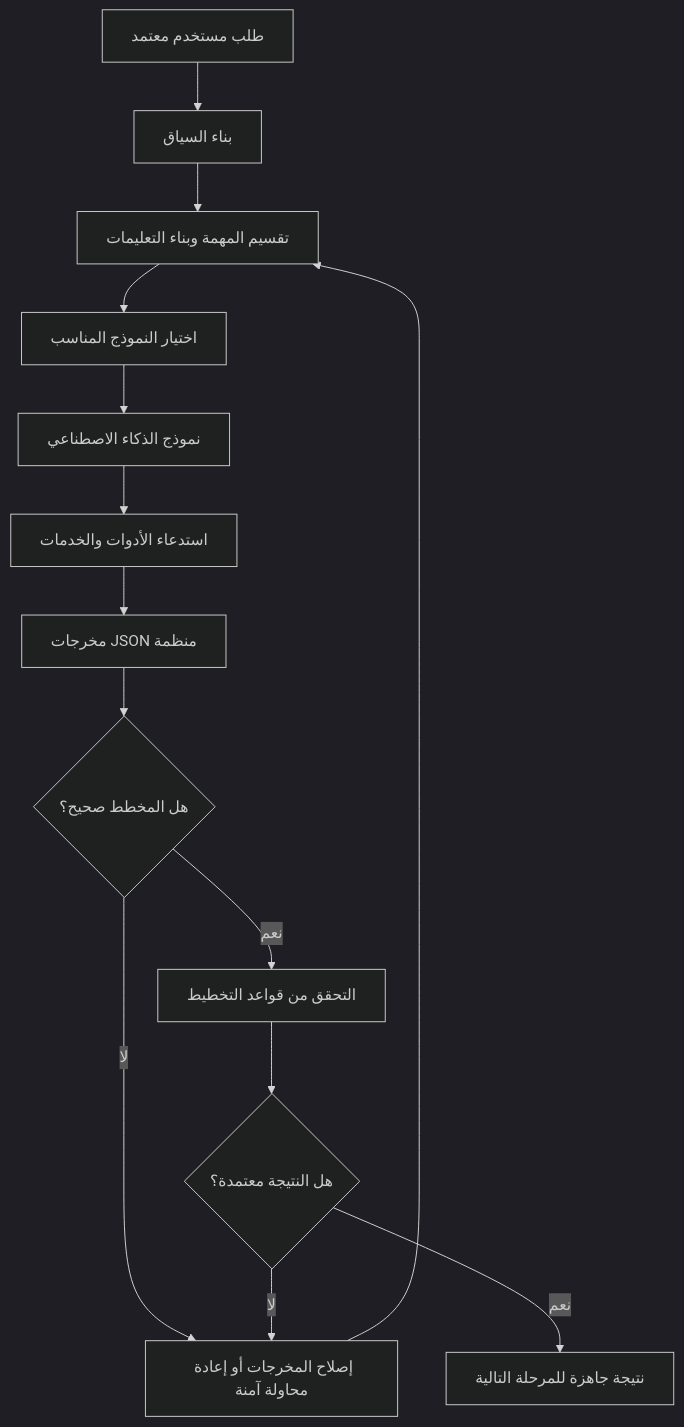
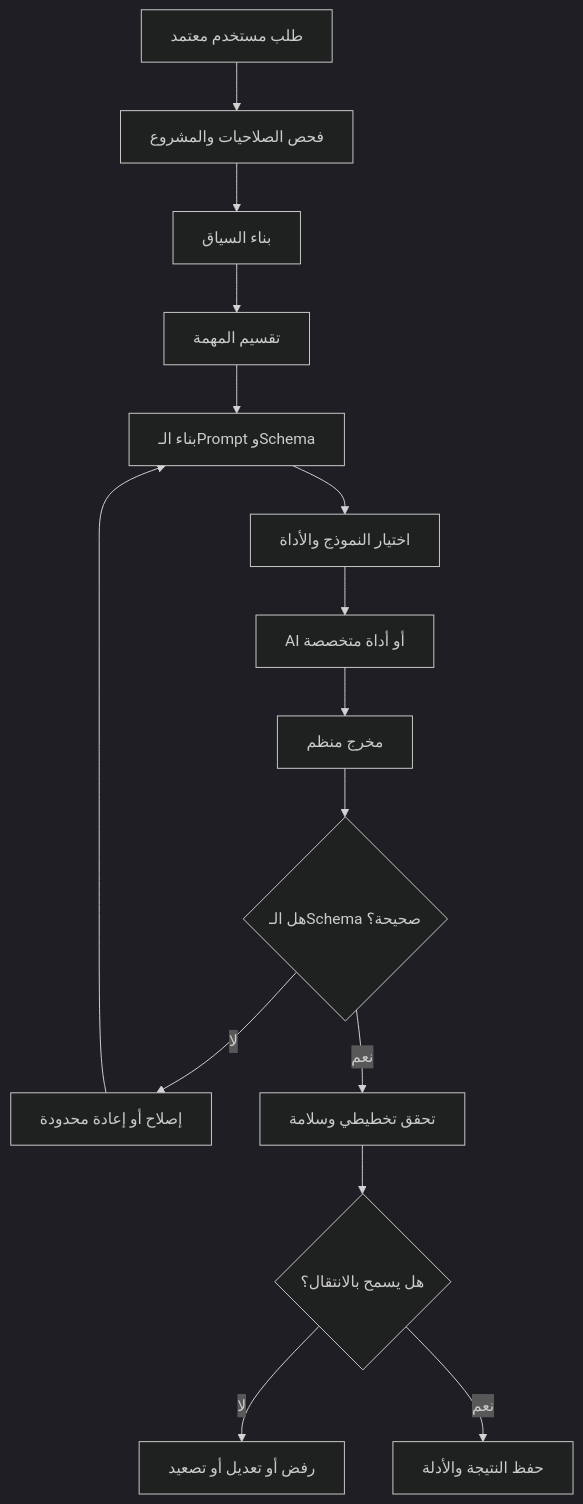
Before and after one commit to 1o8t/AI-Future-Lab: the first of 4 diagrams in docs/ar/AI_MODEL_WORKFLOWS.md, drawn with Mermaid (dark theme). The commit also changed other lines of this file, not shown here.

````diff
--- a/docs/ar/AI_MODEL_WORKFLOWS.md
+++ b/docs/ar/AI_MODEL_WORKFLOWS.md
@@ -9,16 +31,17 @@
 ```mermaid
 flowchart TD
-    A[طلب مستخدم معتمد] --> B[بناء السياق]
-    B --> C[تقسيم المهمة وبناء التعليمات]
-    C --> D[اختيار النموذج المناسب]
-    D --> E[نموذج الذكاء الاصطناعي]
-    E --> F[استدعاء الأدوات والخدمات]
-    F --> G[مخرجات JSON منظمة]
-    G --> H{هل المخطط صحيح؟}
-    H -- لا --> I[إصلاح المخرجات أو إعادة محاولة آمنة]
-    I --> C
-    H -- نعم --> J[التحقق من قواعد التخطيط]
-    J --> K{هل النتيجة معتمدة؟}
-    K -- لا --> I
-    K -- نعم --> L[نتيجة جاهزة للمرحلة التالية]
+    A[طلب مستخدم معتمد] --> B[فحص الصلاحيات والمشروع]
+    B --> C[بناء السياق]
+    C --> D[تقسيم المهمة]
+    D --> E[بناء الـPrompt وSchema]
+    E --> F[اختيار النموذج والأداة]
+    F --> G[AI أو أداة متخصصة]
+    G --> H[مخرج منظم]
+    H --> I{هل الـSchema صحيحة؟}
+    I -- لا --> J[إصلاح أو إعادة محدودة]
+    J --> E
+    I -- نعم --> K[تحقق تخطيطي وسلامة]
+    K --> L{هل يسمح بالانتقال؟}
+    L -- لا --> M[رفض أو تعديل أو تصعيد]
+    L -- نعم --> N[حفظ النتيجة والأدلة]
 ```
````
